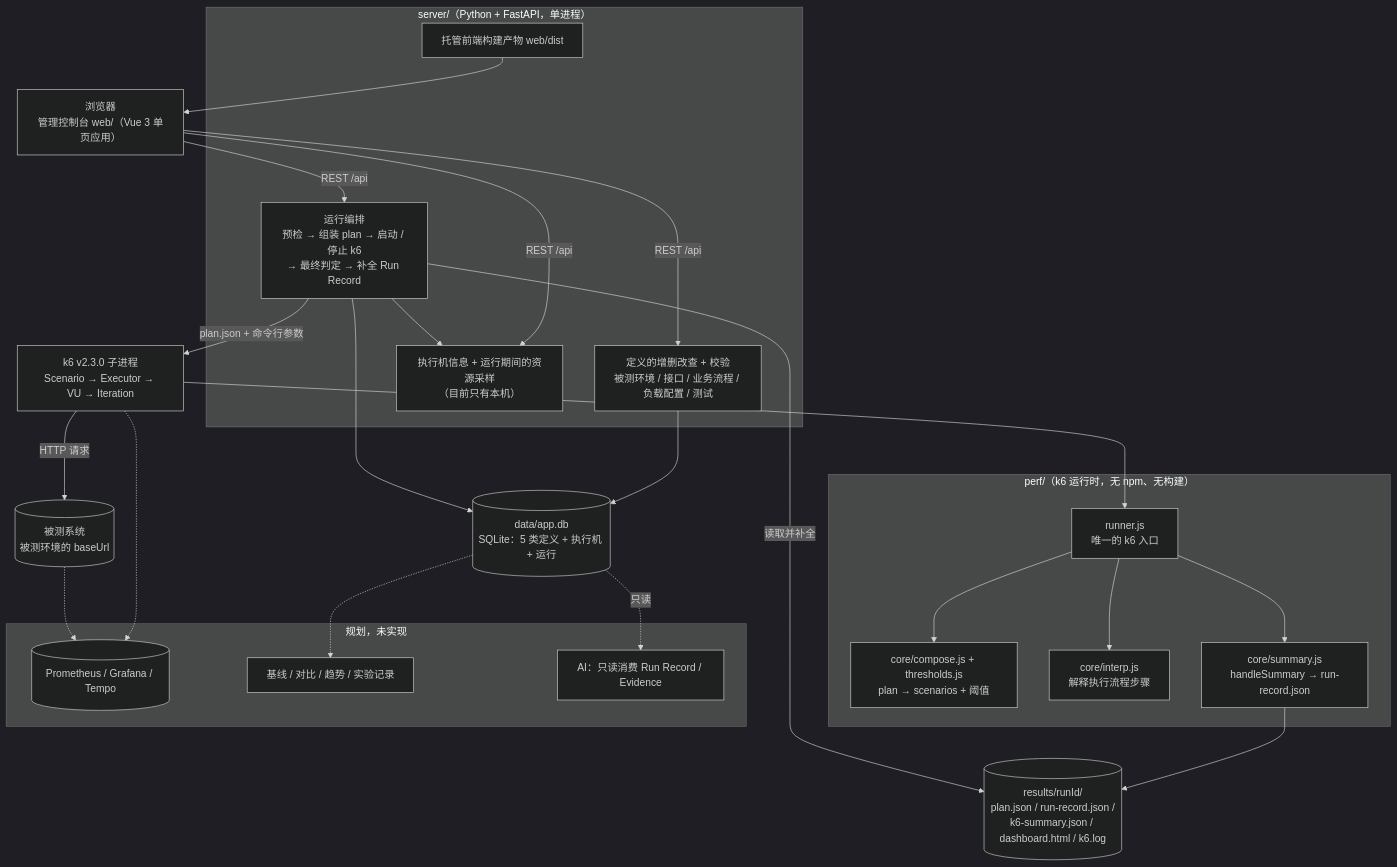
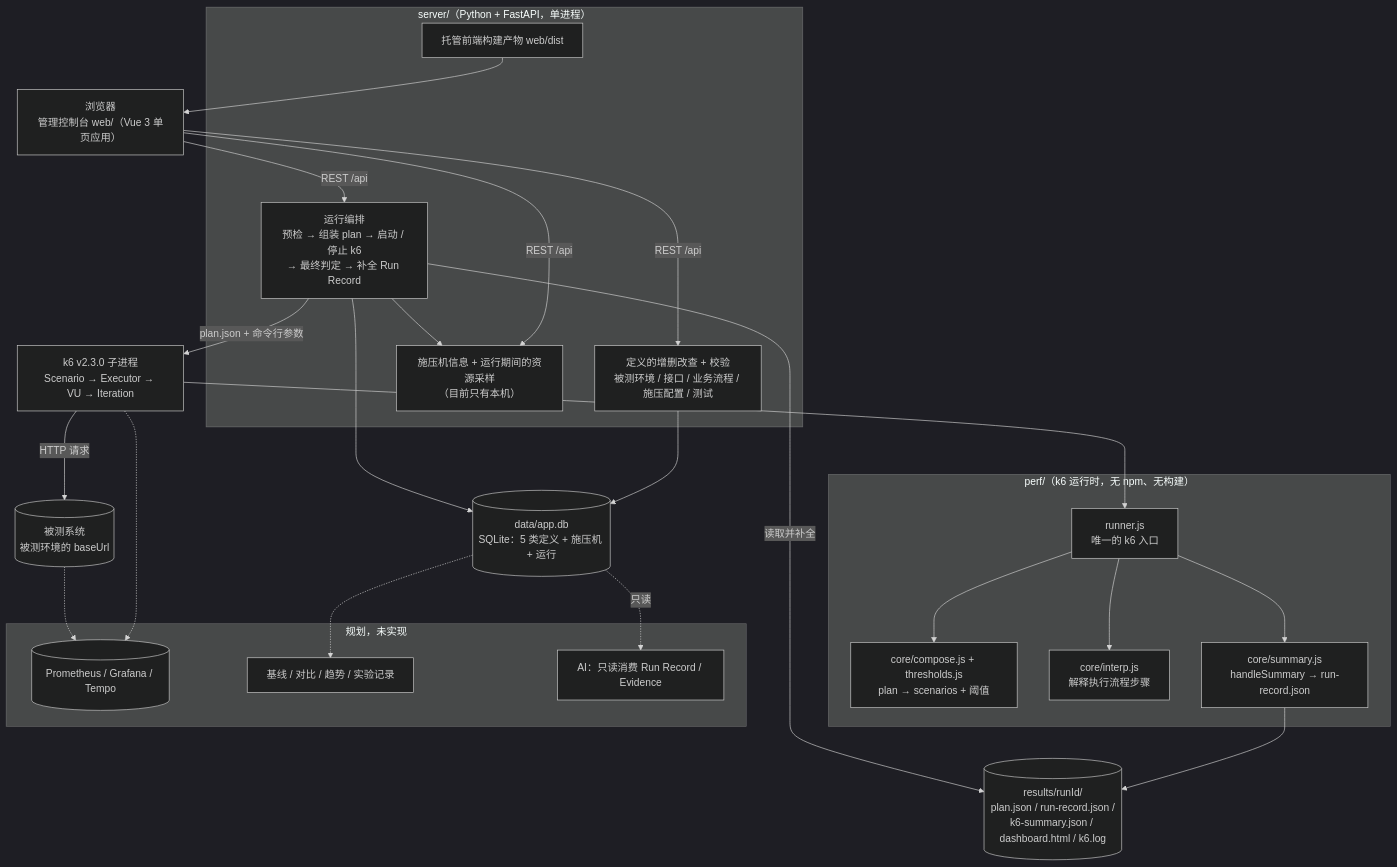
The first of 8 diagrams in docs/ARCHITECTURE.md (Leibiner/AI-Performance-Engineering), drawn with Mermaid (dark theme) before and after one commit. The commit also changed other lines of this file and 29 other files, not shown here.

````diff
--- a/docs/ARCHITECTURE.md
+++ b/docs/ARCHITECTURE.md
@@ -115,48 +115,48 @@
 ```mermaid
 flowchart TB
     BROWSER["浏览器<br/>管理控制台 web/（Vue 3 单页应用）"]
 
     subgraph SERVER["server/（Python + FastAPI，单进程）"]
-        CRUD["定义的增删改查 + 校验<br/>被测环境 / 接口 / 业务流程 / 负载配置 / 测试"]
-        EXEC["执行机信息 + 运行期间的资源采样<br/>（目前只有本机）"]
+        CRUD["定义的增删改查 + 校验<br/>被测环境 / 接口 / 业务流程 / 施压配置 / 测试"]
+        EXEC["施压机信息 + 运行期间的资源采样<br/>（目前只有本机）"]
         ORCH["运行编排<br/>预检 → 组装 plan → 启动 / 停止 k6<br/>→ 最终判定 → 补全 Run Record"]
         STATIC["托管前端构建产物 web/dist"]
     end
 
-    DB[("data/app.db<br/>SQLite：5 类定义 + 执行机 + 运行")]
+    DB[("data/app.db<br/>SQLite：5 类定义 + 施压机 + 运行")]
 
     subgraph PERF["perf/（k6 运行时，无 npm、无构建）"]
         RUNNER["runner.js<br/>唯一的 k6 入口"]
         COMP["core/compose.js + thresholds.js<br/>plan → scenarios + 阈值"]
         INTERP["core/interp.js<br/>解释执行流程步骤"]
         SUM["core/summary.js<br/>handleSummary → run-record.json"]
     end
 
     K6["k6 v2.3.0 子进程<br/>Scenario → Executor → VU → Iteration"]
     SUT[("被测系统<br/>被测环境的 baseUrl")]
     RES[("results/runId/<br/>plan.json / run-record.json /<br/>k6-summary.json / dashboard.html / k6.log")]
 
     subgraph PLANNED["规划，未实现"]
         PROM[("Prometheus / Grafana / Tempo")]
         BASE["基线 / 对比 / 趋势 / 实验记录"]
         AIX["AI：只读消费 Run Record / Evidence"]
     end
 
     BROWSER -->|REST /api| CRUD
     BROWSER -->|REST /api| ORCH
     BROWSER -->|REST /api| EXEC
     ORCH --> EXEC
     STATIC --> BROWSER
     CRUD --> DB
     ORCH --> DB
     ORCH -->|plan.json + 命令行参数| K6
     K6 --> RUNNER
     RUNNER --> COMP & INTERP & SUM
     K6 -->|HTTP 请求| SUT
     SUM --> RES
     ORCH -->|读取并补全| RES
     K6 -.-> PROM
     SUT -.-> PROM
     DB -.-> BASE
     DB -.只读.-> AIX
 ```
````
